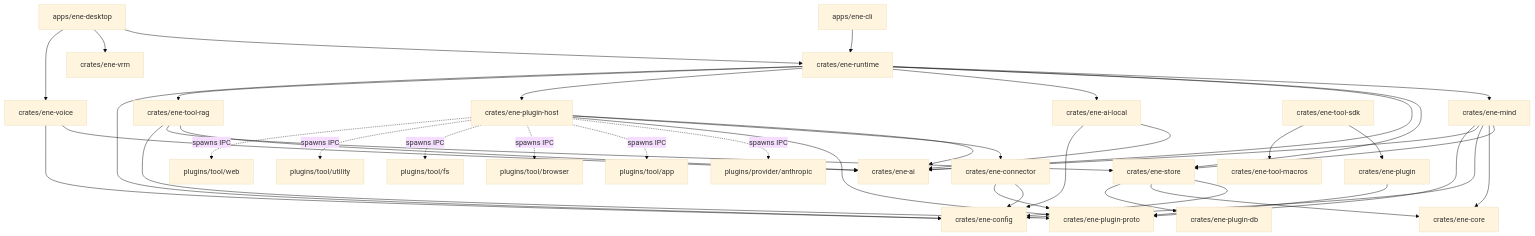
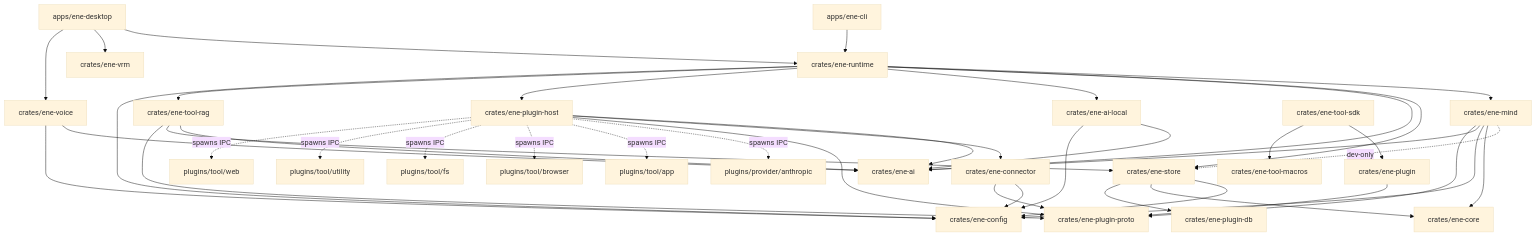
The diagram in docs/architecture.md (pexisgle/ene), drawn with Mermaid (base theme) before and after one commit. The commit also changed other lines of this file and 56 other files, not shown here.

````diff
--- a/docs/architecture.md
+++ b/docs/architecture.md
@@ -22,53 +22,53 @@
 ```mermaid
 flowchart TD
   Desktop[apps/ene-desktop] --> Runtime[crates/ene-runtime]
   Desktop --> Vrm[crates/ene-vrm]
   Desktop --> Voice[crates/ene-voice]
   CLI[apps/ene-cli] --> Runtime
 
   Runtime --> Mind[crates/ene-mind]
   Runtime --> Store[crates/ene-store]
   Runtime --> Ai[crates/ene-ai]
   Runtime --> AiLocal[crates/ene-ai-local]
   Runtime --> ToolHost[crates/ene-plugin-host]
   Runtime --> ToolRag[crates/ene-tool-rag]
   Runtime --> Config[crates/ene-config]
 
-  Mind --> Store
+  Mind -.dev-only.-> Store
   Mind --> Core[crates/ene-core]
   Mind --> Config
   Mind --> Ai
   Mind --> Proto[crates/ene-plugin-proto]
 
   ToolHost --> Ai
   ToolHost --> Connector[crates/ene-connector]
   ToolHost --> Proto
 
   Connector --> Config
   Connector --> Proto
 
   AiLocal --> Ai
   AiLocal --> Config
 
   Voice --> Ai
   Voice --> Config
 
   ToolRag --> Ai
   ToolRag --> Store
   ToolRag --> Proto
 
   Store --> Config
   Store --> Core
   Store --> PluginDb[crates/ene-plugin-db]
 
   Tool[crates/ene-plugin] --> Proto
   ToolSdk[crates/ene-tool-sdk] --> Tool
   ToolSdk --> Macros[crates/ene-tool-macros]
 
   ToolHost -.spawns IPC.-> Anthropic[plugins/provider/anthropic]
   ToolHost -.spawns IPC.-> ToolApp[plugins/tool/app]
   ToolHost -.spawns IPC.-> ToolBrowser[plugins/tool/browser]
   ToolHost -.spawns IPC.-> ToolFs[plugins/tool/fs]
   ToolHost -.spawns IPC.-> ToolUtil[plugins/tool/utility]
   ToolHost -.spawns IPC.-> ToolWeb[plugins/tool/web]
 ```
````
